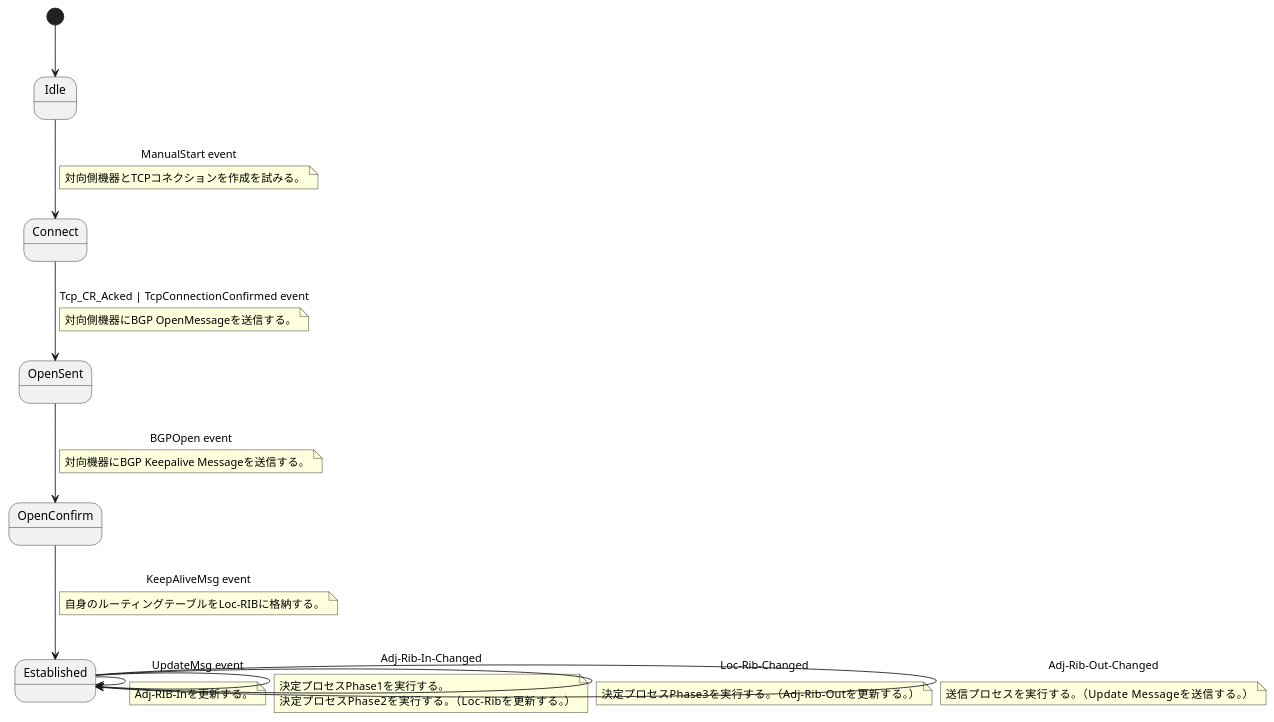
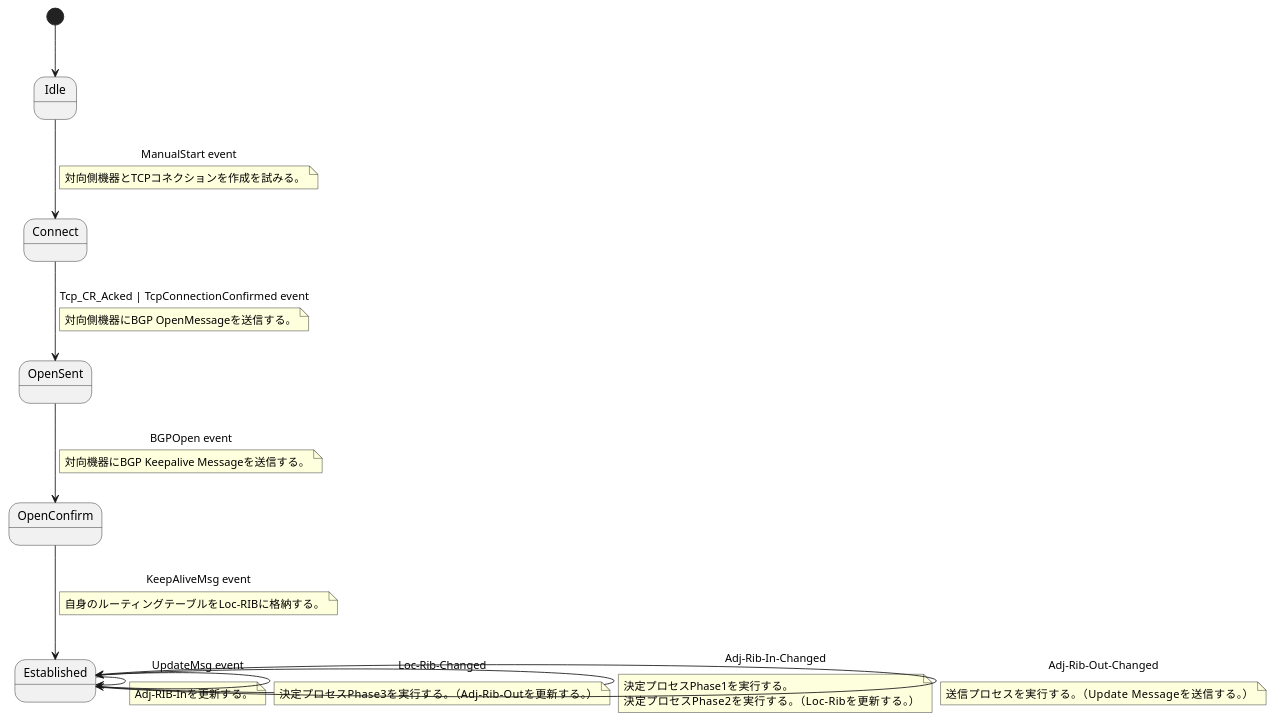
The fourth of 4 diagrams in howtocreatebgpd.adoc (Miyoshi-Ryota/how-to-create-bgp), drawn with PlantUML before and after one commit. The commit also changed other lines of this file and 3 other files, not shown here.

```diff
--- a/howtocreatebgpd.adoc
+++ b/howtocreatebgpd.adoc
@@ -2660,52 +2661,55 @@
 [plantuml,title="Update Messageの送信プロセス"]
 ----
 @startuml
 
 state Idle
 state Connect
 state OpenConfirm
 state OpenSent
 state Established
 
 [*] --> Idle
 Idle --> Connect : ManualStart event
 note on link
    対向側機器とTCPコネクションを作成を試みる。
 end note
+
 Connect --> OpenSent : Tcp_CR_Acked | TcpConnectionConfirmed event
 note on link
    対向側機器にBGP OpenMessageを送信する。
 end note
+
 OpenSent --> OpenConfirm : BGPOpen event
 note on link
     対向機器にBGP Keepalive Messageを送信する。
 end note
+
 OpenConfirm --> Established : KeepAliveMsg event
 note on link
 自身のルーティングテーブルをLoc-RIBに格納する。
 end note
 
-Established --> Established : UpdateMsg event
+Established -right-> Established : UpdateMsg event
 note on link
 Adj-RIB-Inを更新する。
 end note
 
-Established --> Established : Adj-Rib-In-Changed
+Established -down-> Established : Adj-Rib-In-Changed
 note on link
 決定プロセスPhase1を実行する。
 決定プロセスPhase2を実行する。（Loc-Ribを更新する。）
 end note
 
-Established --> Established : Loc-Rib-Changed
+Established -left-> Established : Loc-Rib-Changed
 note on link
 決定プロセスPhase3を実行する。（Adj-Rib-Outを更新する。）
 end note
 
-Established --> Established : Adj-Rib-Out-Changed
+Established -up-> Established : Adj-Rib-Out-Changed
 note on link
 送信プロセスを実行する。（Update Messageを送信する。）
 end note
 
 
 @enduml
 ----
```
